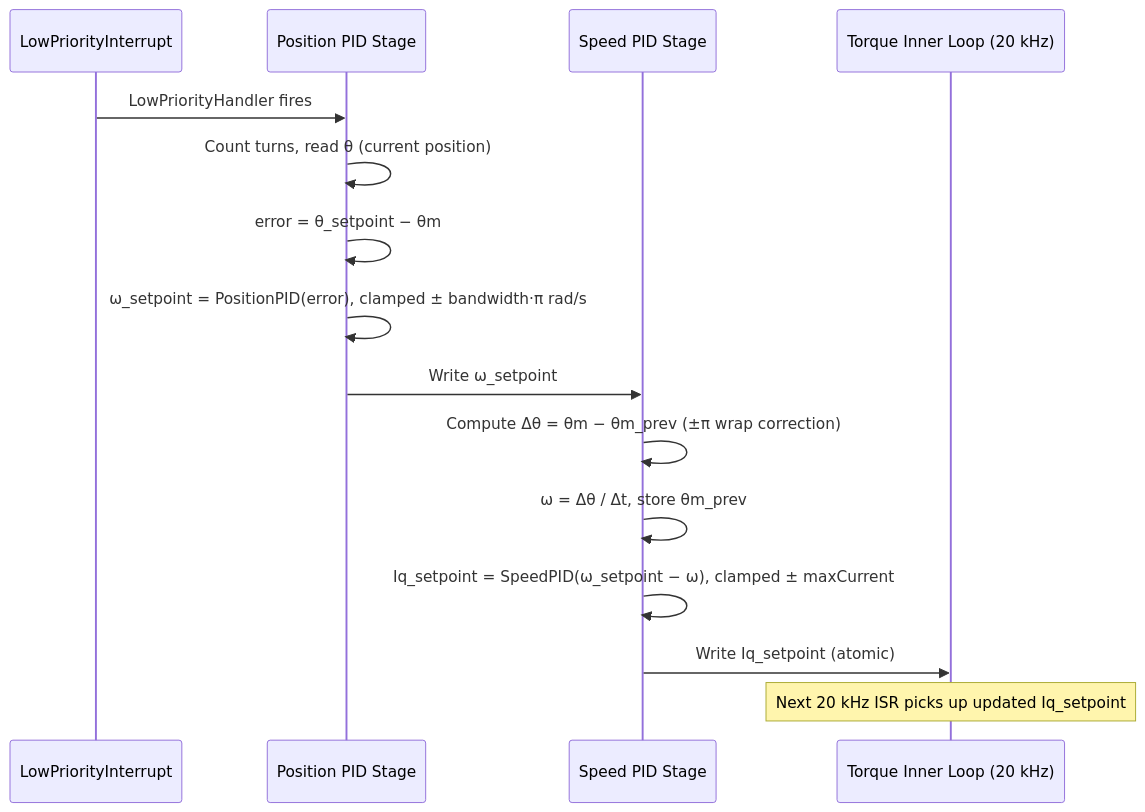
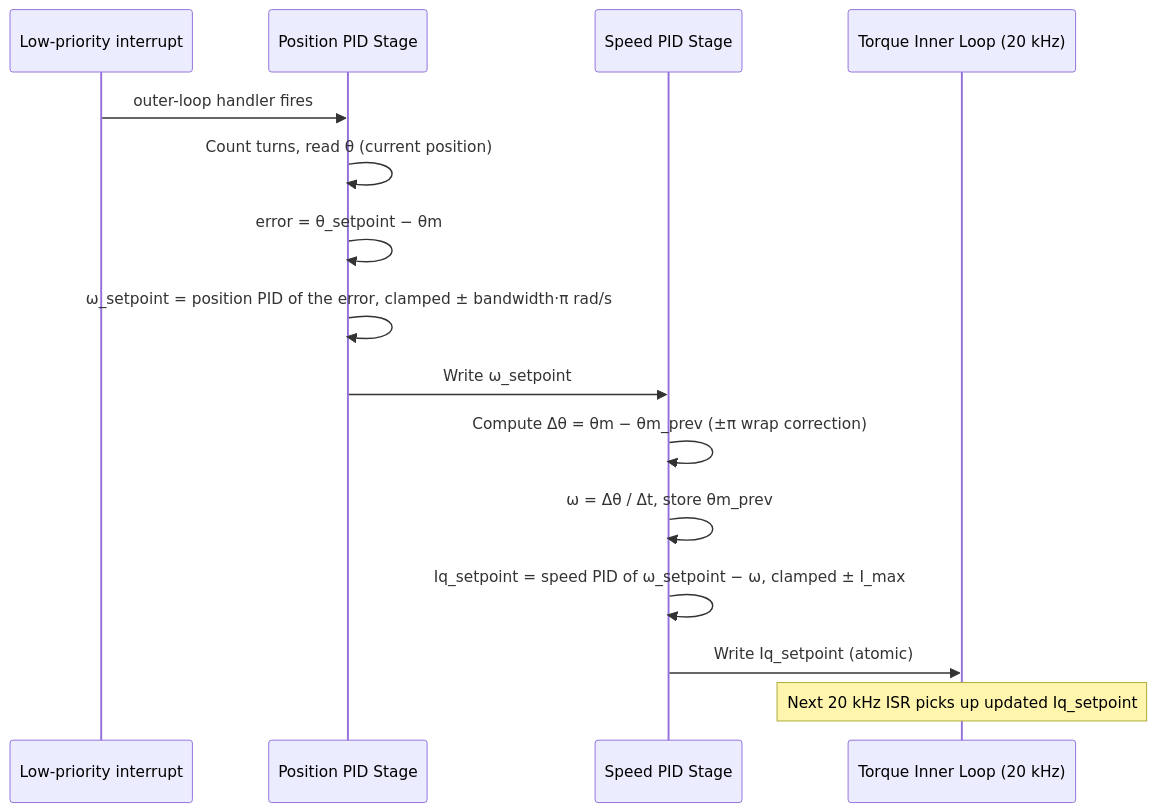
Before and after one commit to embedded-pro/e-foc: the eighth of 9 diagrams in documentation/design/foc-position.md, drawn with Mermaid. The commit also changed other lines of this file and 37 other files, not shown here.

````diff
--- a/documentation/design/foc-position.md
+++ b/documentation/design/foc-position.md
@@ -380,18 +388,18 @@
 ```mermaid
 sequenceDiagram
-    participant LPI as LowPriorityInterrupt
+    participant LPI as Low-priority interrupt
     participant PosLoop as Position PID Stage
     participant SpdLoop as Speed PID Stage
     participant Inner as Torque Inner Loop (20 kHz)
 
-    LPI->>PosLoop: LowPriorityHandler fires
+    LPI->>PosLoop: outer-loop handler fires
     PosLoop->>PosLoop: Count turns, read θ (current position)
     PosLoop->>PosLoop: error = θ_setpoint − θm
-    PosLoop->>PosLoop: ω_setpoint = PositionPID(error), clamped ± bandwidth·π rad/s
+    PosLoop->>PosLoop: ω_setpoint = position PID of the error, clamped ± bandwidth·π rad/s
     PosLoop->>SpdLoop: Write ω_setpoint
     SpdLoop->>SpdLoop: Compute Δθ = θm − θm_prev (±π wrap correction)
     SpdLoop->>SpdLoop: ω = Δθ / Δt, store θm_prev
-    SpdLoop->>SpdLoop: Iq_setpoint = SpeedPID(ω_setpoint − ω), clamped ± maxCurrent
+    SpdLoop->>SpdLoop: Iq_setpoint = speed PID of ω_setpoint − ω, clamped ± I_max
     SpdLoop->>Inner: Write Iq_setpoint (atomic)
     Note over Inner: Next 20 kHz ISR picks up updated Iq_setpoint
 ```
````
